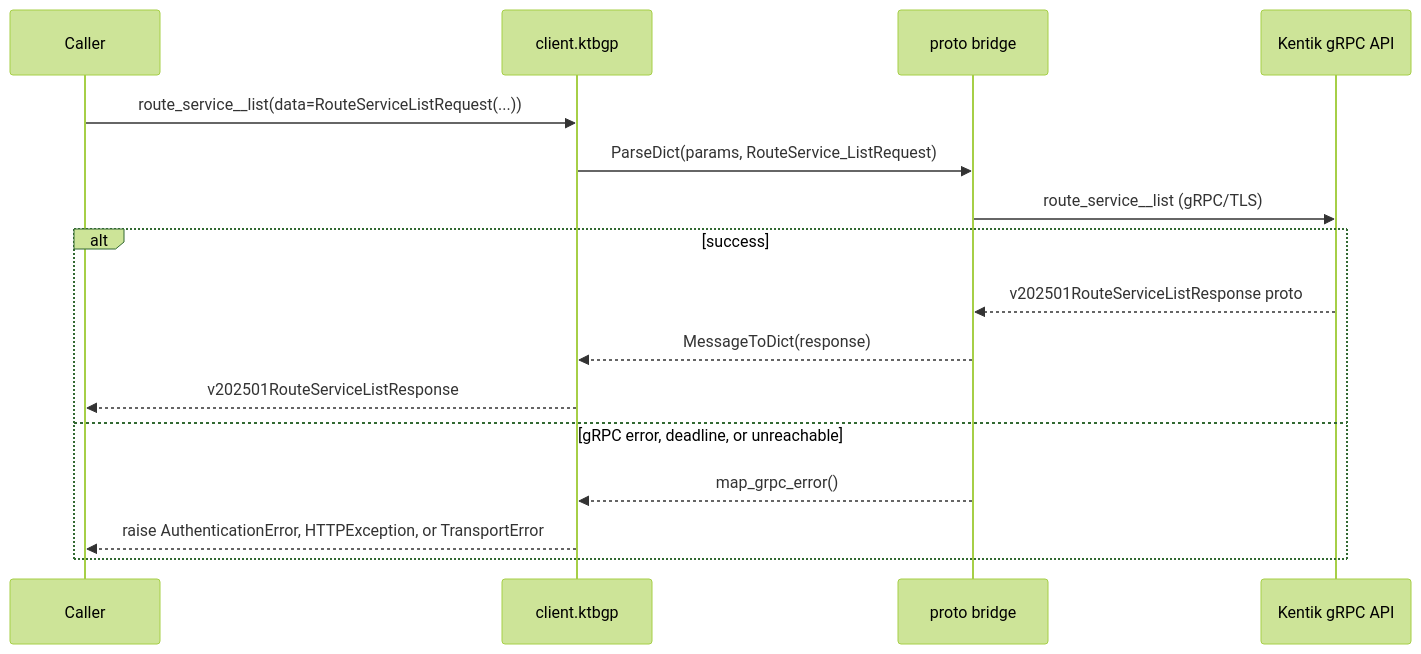
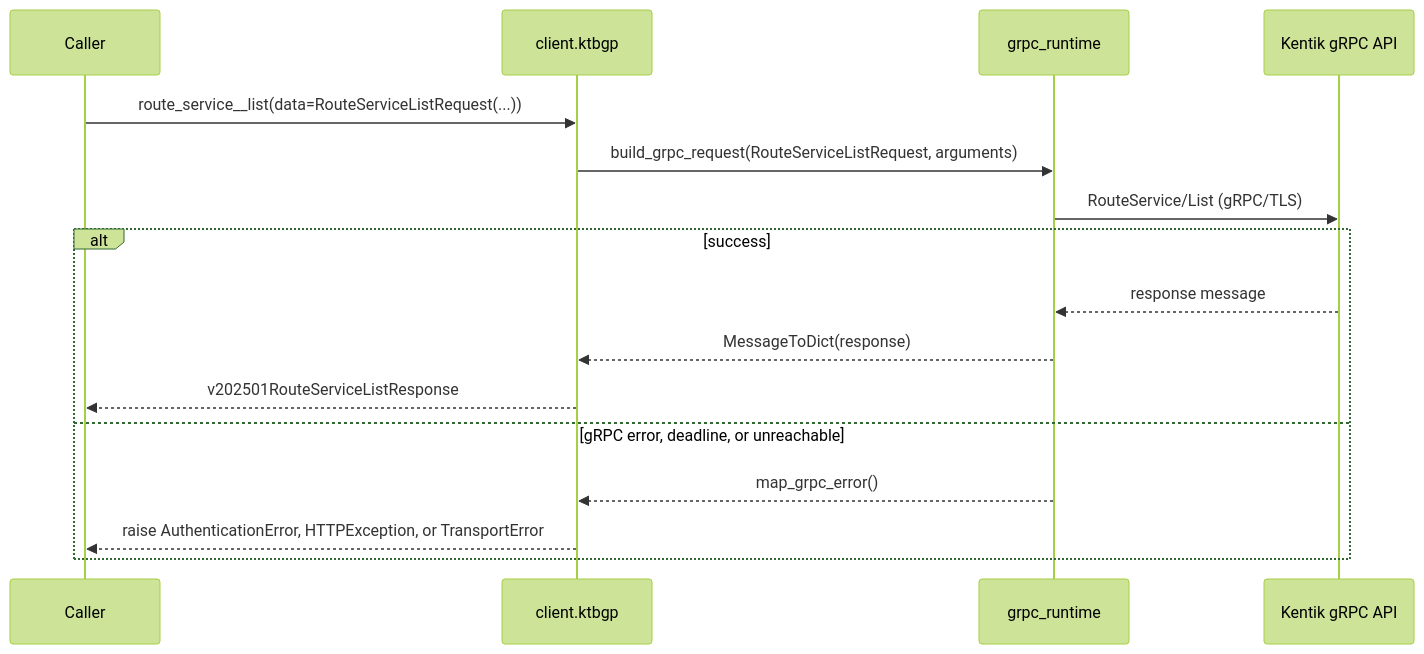
One commit to alexdearaujo/community_sdk_python changed the fifth of 8 diagrams in docs/sphinx/services/ktbgp.md. Above: the diagram before and after it, drawn with Mermaid (forest theme). The commit also changed other lines of this file and 37 other files, not shown here.

First line of the commit message:
docs: show the real RPC in each service page's gRPC diagram

````diff
--- a/docs/sphinx/services/ktbgp.md
+++ b/docs/sphinx/services/ktbgp.md
@@ -131,19 +131,19 @@
 ```mermaid
 sequenceDiagram
     participant C as Caller
     participant W as client.ktbgp
-    participant B as proto bridge
+    participant R as grpc_runtime
     participant API as Kentik gRPC API
 
     C->>W: route_service__list(data=RouteServiceListRequest(...))
-    W->>B: ParseDict(params, RouteService_ListRequest)
-    B->>API: route_service__list (gRPC/TLS)
+    W->>R: build_grpc_request(RouteServiceListRequest, arguments)
+    R->>API: RouteService/List (gRPC/TLS)
     alt success
-        API-->>B: v202501RouteServiceListResponse proto
-        B-->>W: MessageToDict(response)
+        API-->>R: response message
+        R-->>W: MessageToDict(response)
         W-->>C: v202501RouteServiceListResponse
     else gRPC error, deadline, or unreachable
-        B-->>W: map_grpc_error()
+        R-->>W: map_grpc_error()
         W-->>C: raise AuthenticationError, HTTPException, or TransportError
     end
 ```
````
